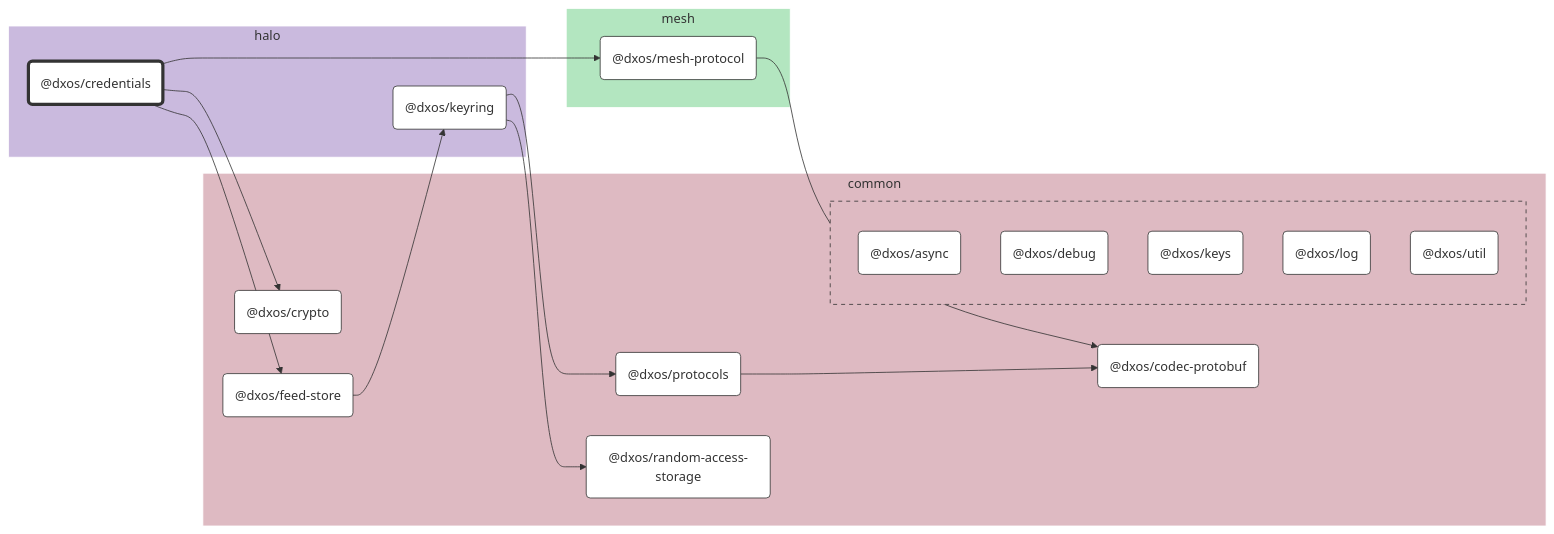
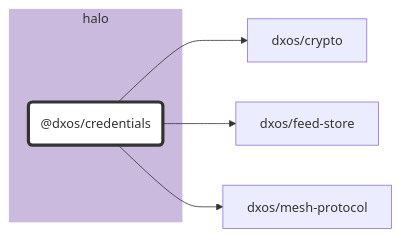
The diagram in packages/halo/credentials/docs/README.md (dxos/dxos), drawn with Mermaid before and after one commit. The commit also changed 87 other files, not shown here.

````diff
--- a/packages/halo/credentials/docs/README.md
+++ b/packages/halo/credentials/docs/README.md
@@ -9,82 +9,21 @@
 
 flowchart LR
 
-%% Links
-dxos/credentials --> dxos/crypto;
-dxos/credentials --> dxos/feed-store;
-dxos/credentials --> dxos/mesh-protocol;
-dxos/feed-store --> dxos/keyring;
-dxos/keyring --> dxos/protocols;
-dxos/keyring --> dxos/random-access-storage;
-dxos/mesh-protocol --> dxos/codec-protobuf;
-dxos/protocols --> dxos/codec-protobuf;
+%% Classes
+classDef def fill:#fff,stroke:#333,stroke-width:1px
+classDef root fill:#fff,stroke:#333,stroke-width:4px
 
-%% Sections
-subgraph halo
-  style halo fill:#cabade,stroke:#fff;
+%% Nodes
 
-  dxos/credentials("@dxos/credentials")
-  dxos/keyring("@dxos/keyring")
+subgraph halo [halo]
+  style halo fill:#cabade,stroke:#fff
+  dxos/credentials("@dxos/credentials"):::root
+  click dxos/credentials "dxos/dxos/tree/main/packages/halo/credentials/docs"
 end
 
-subgraph common
-  style common fill:#debac2,stroke:#fff;
-
-  dxos/codec-protobuf("@dxos/codec-protobuf")
-  dxos/crypto("@dxos/crypto")
-  dxos/feed-store("@dxos/feed-store")
-  dxos/protocols("@dxos/protocols")
-  dxos/random-access-storage("@dxos/random-access-storage")
-
-  subgraph common-excluded [ ]
-    style common-excluded fill:#debac2,stroke:#333,stroke-dasharray:5 5;
-
-    dxos/async("@dxos/async")
-    dxos/debug("@dxos/debug")
-    dxos/keys("@dxos/keys")
-    dxos/log("@dxos/log")
-    dxos/util("@dxos/util")
-  end
-end
-
-subgraph mesh
-  style mesh fill:#b3e6c0,stroke:#fff;
-
-  dxos/mesh-protocol("@dxos/mesh-protocol")
-end
-
-
-%% Hyperlinks
-click dxos/async "dxos/dxos/tree/main/packages/common/async/docs";
-click dxos/codec-protobuf "dxos/dxos/tree/main/packages/common/codec-protobuf/docs";
-click dxos/crypto "dxos/dxos/tree/main/packages/common/crypto/docs";
-click dxos/debug "dxos/dxos/tree/main/packages/common/debug/docs";
-click dxos/feed-store "dxos/dxos/tree/main/packages/common/feed-store/docs";
-click dxos/keyring "dxos/dxos/tree/main/packages/halo/keyring/docs";
-click dxos/keys "dxos/dxos/tree/main/packages/common/keys/docs";
-click dxos/log "dxos/dxos/tree/main/packages/common/log/docs";
-click dxos/mesh-protocol "dxos/dxos/tree/main/packages/mesh/mesh-protocol/docs";
-click dxos/protocols "dxos/dxos/tree/main/packages/common/protocols/docs";
-click dxos/random-access-storage "dxos/dxos/tree/main/packages/common/random-access-storage/docs";
-click dxos/util "dxos/dxos/tree/main/packages/common/util/docs";
-
-%% Styles
-classDef rootNode fill:#fff,stroke:#333,stroke-width:4px
-classDef defaultNode fill:#fff,stroke:#333,stroke-width:1px
+%% Links
 linkStyle default stroke:#333,stroke-width:1px
-
-dxos/credentials:::rootNode
-
-dxos/async:::defaultNode
-dxos/codec-protobuf:::defaultNode
-dxos/crypto:::defaultNode
-dxos/debug:::defaultNode
-dxos/feed-store:::defaultNode
-dxos/keyring:::defaultNode
-dxos/keys:::defaultNode
-dxos/log:::defaultNode
-dxos/mesh-protocol:::defaultNode
-dxos/protocols:::defaultNode
-dxos/random-access-storage:::defaultNode
-dxos/util:::defaultNode
+dxos/credentials --> dxos/crypto
+dxos/credentials --> dxos/feed-store
+dxos/credentials --> dxos/mesh-protocol
 ```
````
